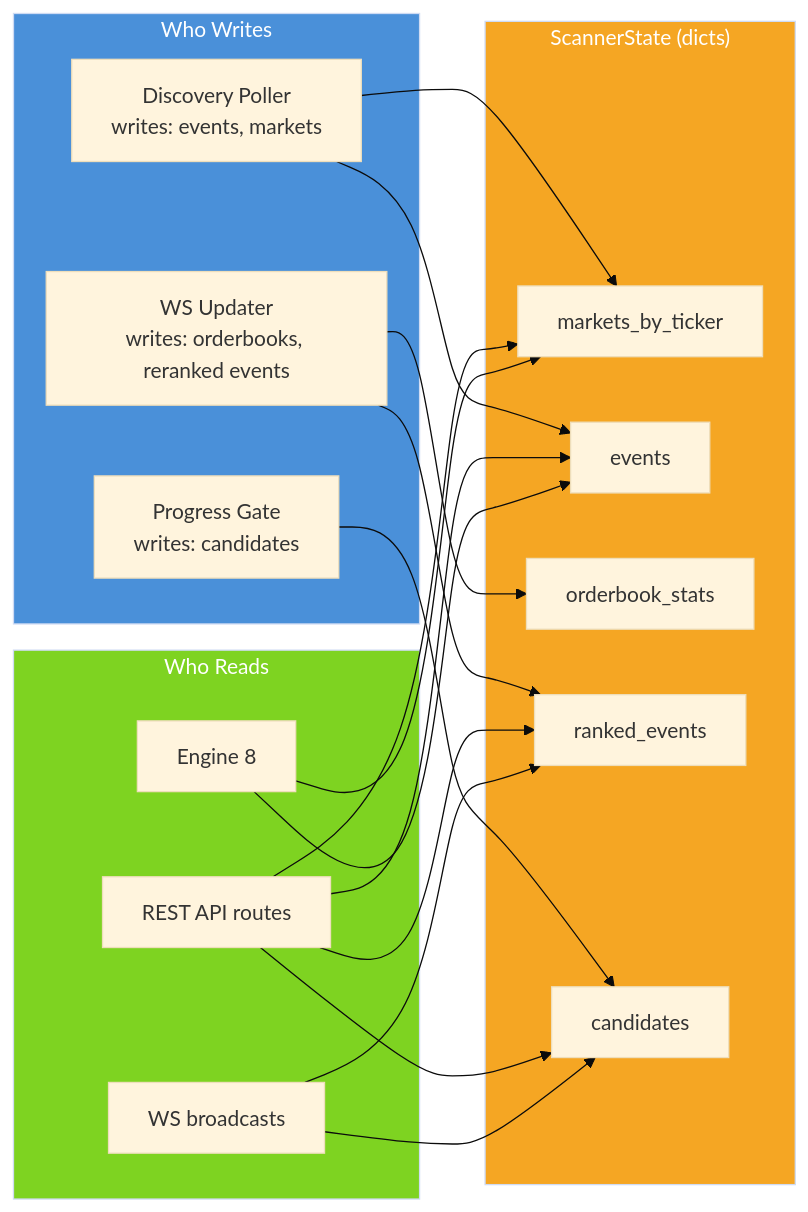
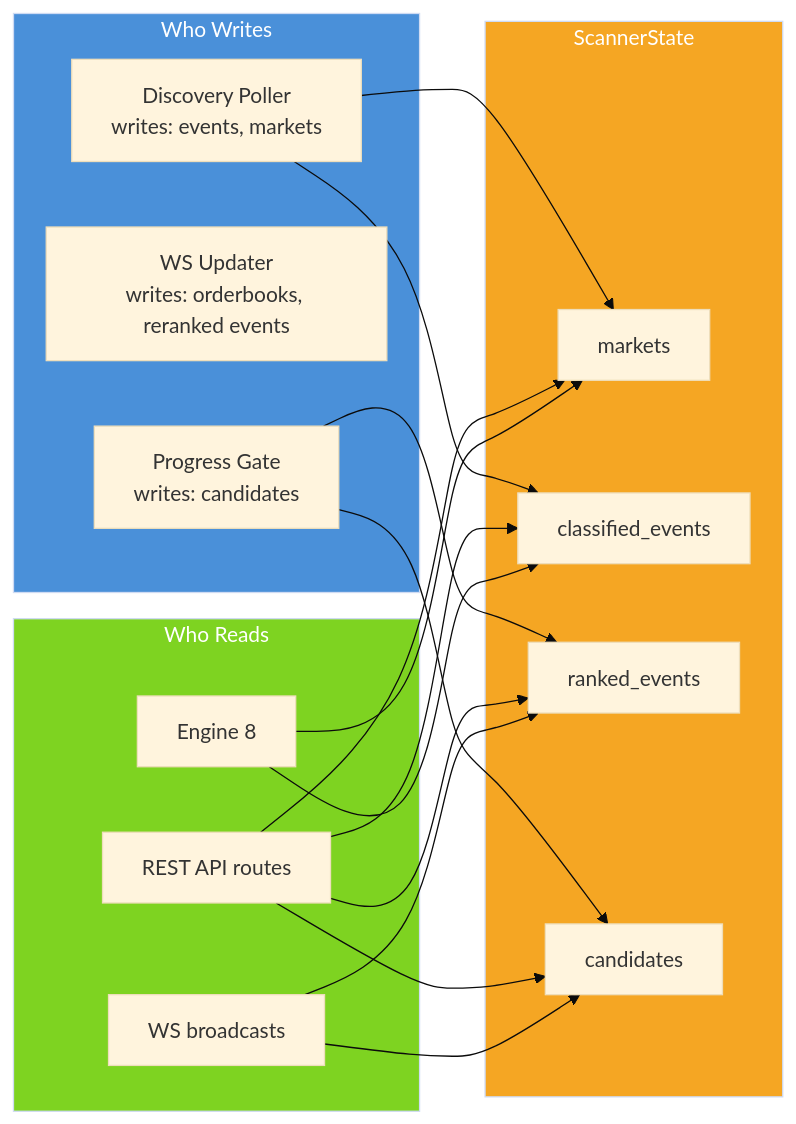
The ninth of 18 diagrams in docs/architecture.md (Danish11512/nunu), drawn with Mermaid (base theme) before and after one commit. The commit also changed other lines of this file and 28 other files, not shown here.

````diff
--- a/docs/architecture.md
+++ b/docs/architecture.md
@@ -466,41 +462,39 @@
 ```mermaid
 flowchart LR
     subgraph Writers["Who Writes"]
         DP["Discovery Poller<br/>writes: events, markets"]
         WS_U["WS Updater<br/>writes: orderbooks, reranked events"]
         PG["Progress Gate<br/>writes: candidates"]
     end
 
-    subgraph StateLayer["ScannerState (dicts)"]
-        MARKETS["markets_by_ticker"]
-        EVENTS["events"]
-        OB["orderbook_stats"]
+    subgraph StateLayer["ScannerState"]
+        MARKETS["markets"]
+        EVENTS["classified_events"]
         RANKED["ranked_events"]
         CAND["candidates"]
     end
 
     subgraph Readers["Who Reads"]
         REST_API["REST API routes"]
         WS_BROAD["WS broadcasts"]
         E8["Engine 8"]
     end
 
     DP --> MARKETS
     DP --> EVENTS
-    WS_U --> OB
-    WS_U --> RANKED
+    PG --> RANKED
     PG --> CAND
 
     REST_API --> MARKETS
     REST_API --> EVENTS
     REST_API --> RANKED
     REST_API --> CAND
     WS_BROAD --> RANKED
     WS_BROAD --> CAND
     E8 --> MARKETS
     E8 --> EVENTS
 
     style Writers fill:#4A90D9,color:#fff
     style Readers fill:#7ED321,color:#fff
     style StateLayer fill:#F5A623,color:#fff
 ```
````
